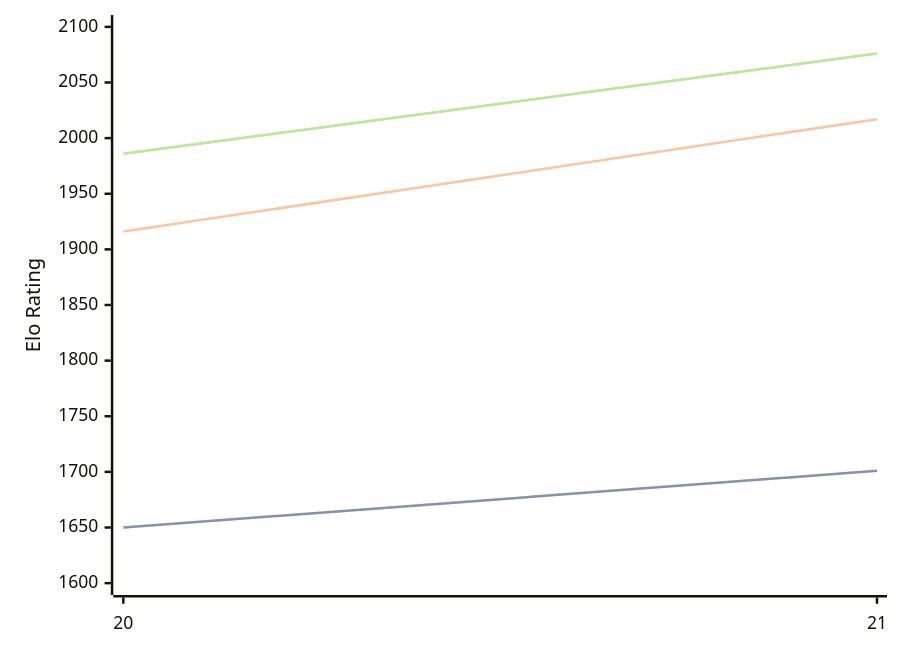
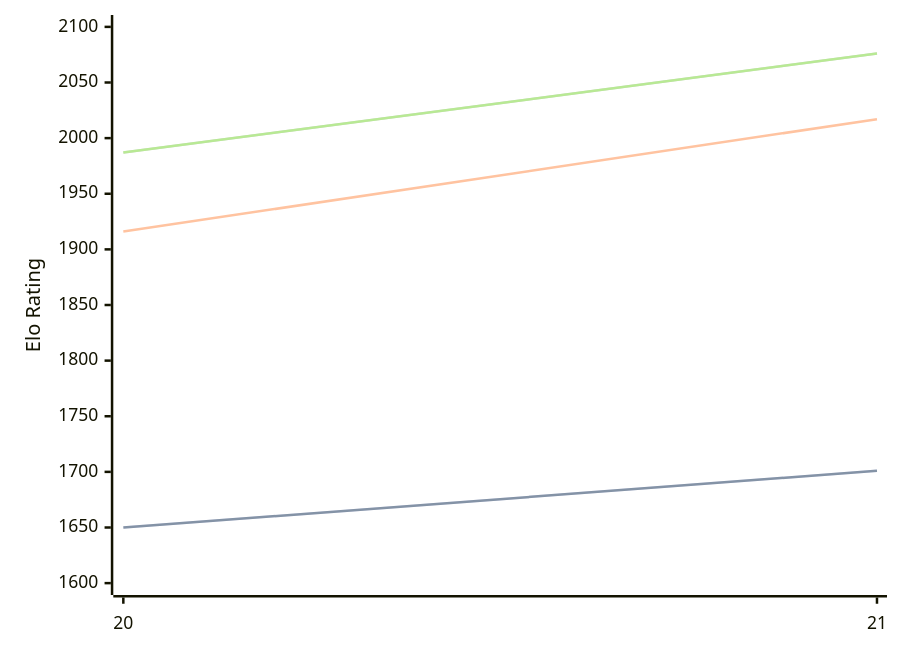
The diagram in engines/PurplePanda.md (computer-chess-index/cci), drawn with Mermaid before and after one commit. The commit also changed other lines of this file, not shown here.

Commit message:
Update CCI Ratings (ELO VLTC) - 2026-09-25

````diff
--- a/engines/PurplePanda.md
+++ b/engines/PurplePanda.md
@@ -32,11 +32,11 @@
 ```mermaid
 %%{init: {"theme":"base","themeVariables":{"seriesColors:['#a3a3a3','#222221','#faa371']}}}%%
 xychart-beta
   x-axis ["20", "21"]
   y-axis "Elo Rating" 1600 --> 2100
   line "" [1650, 1701]
   line "STC (8.0+0.08s)" [1650, 1701]
   line "LTC (60.0+0.60s)" [1916, 2017]
-  line "" [1986, 2076]
-  line "VLTC (2m24s+1.12s)" [1986, 2076]
+  line "" [1987, 2076]
+  line "VLTC (2m24s+1.12s)" [1987, 2076]
 ```
````
